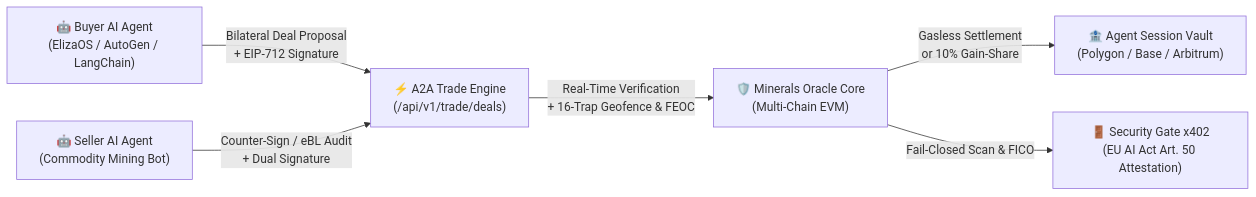
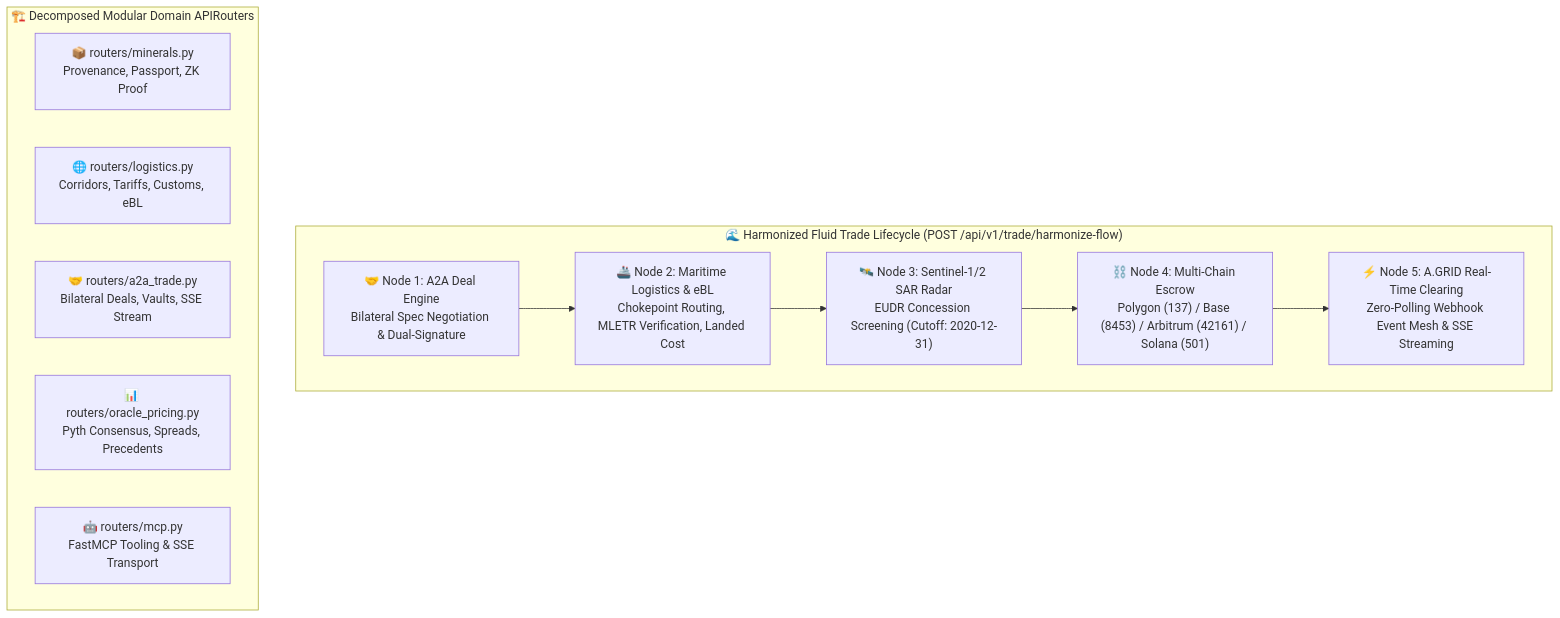
The first of 2 diagrams in README.md (nohosa001-pixel/minerals-oracle-x402), drawn with Mermaid before and after one commit. The commit also changed other lines of this file and 6 other files, not shown here.

Commit message:
feat(ops): implement real-time SSE trade event streaming, hardened healthcheck Dockerfile, Copernicus env spec, and updated architecture docs

````diff
--- a/README.md
+++ b/README.md
@@ -82,8 +82,20 @@
 ```mermaid
-flowchart LR
-    A["🤖 Buyer AI Agent<br/>(ElizaOS / AutoGen / LangChain)"] -->|"Bilateral Deal Proposal<br/>+ EIP-712 Signature"| B["⚡ A2A Trade Engine<br/>(/api/v1/trade/deals)"]
-    C["🤖 Seller AI Agent<br/>(Commodity Mining Bot)"] -->|"Counter-Sign / eBL Audit<br/>+ Dual Signature"| B
-    B -->|"Real-Time Verification<br/>+ 16-Trap Geofence & FEOC"| D["🛡️ Minerals Oracle Core<br/>(Multi-Chain EVM)"]
-    D -->|"Gasless Settlement<br/>or 10% Gain-Share"| E["🏦 Agent Session Vault<br/>(Polygon / Base / Arbitrum)"]
-    D -->|"Fail-Closed Scan & FICO"| F["🚪 Security Gate x402<br/>(EU AI Act Art. 50 Attestation)"]
+flowchart TD
+    subgraph Flow ["🌊 Harmonized Fluid Trade Lifecycle (POST /api/v1/trade/harmonize-flow)"]
+        S1["🤝 Node 1: A2A Deal Engine<br/>Bilateral Spec Negotiation & Dual-Signature"]
+        S2["🚢 Node 2: Maritime Logistics & eBL<br/>Chokepoint Routing, MLETR Verification, Landed Cost"]
+        S3["🛰️ Node 3: Sentinel-1/2 SAR Radar<br/>EUDR Concession Screening (Cutoff: 2020-12-31)"]
+        S4["⛓️ Node 4: Multi-Chain Escrow<br/>Polygon (137) / Base (8453) / Arbitrum (42161) / Solana (501)"]
+        S5["⚡ Node 5: A.GRID Real-Time Clearing<br/>Zero-Polling Webhook Event Mesh & SSE Streaming"]
+
+        S1 --> S2 --> S3 --> S4 --> S5
+    end
+
+    subgraph Architecture ["🏗️ Decomposed Modular Domain APIRouters"]
+        R1["📦 routers/minerals.py<br/>Provenance, Passport, ZK Proof"]
+        R2["🌐 routers/logistics.py<br/>Corridors, Tariffs, Customs, eBL"]
+        R3["🤝 routers/a2a_trade.py<br/>Bilateral Deals, Vaults, SSE Stream"]
+        R4["📊 routers/oracle_pricing.py<br/>Pyth Consensus, Spreads, Precedents"]
+        R5["🤖 routers/mcp.py<br/>FastMCP Tooling & SSE Transport"]
+    end
 ```
````
